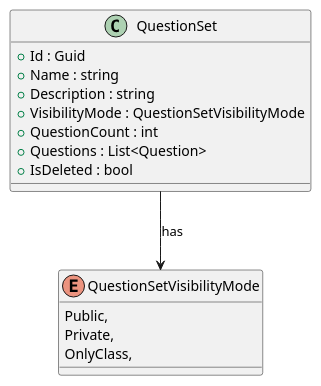
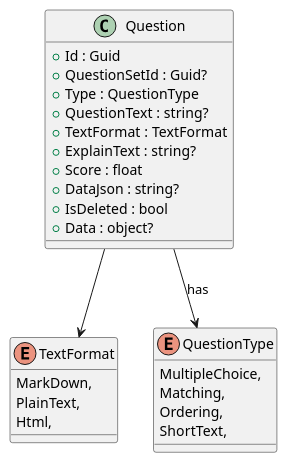
One commit to thanhkhac/SEP_Diagram changed the diagram in common/entities/QuestionSet.puml. Above: the diagram before and after it, drawn with PlantUML. The commit also changed 26 other files, not shown here.

First line of the commit message:
Add UML diagrams for core entities and update QuestionSet

```diff
--- a/common/entities/QuestionSet.puml
+++ b/common/entities/QuestionSet.puml
@@ -1,20 +1,30 @@
 @startuml
-class QuestionSet {
-    + Id : Guid
-    + Name : string
-    + Description : string
-    + VisibilityMode : QuestionSetVisibilityMode 
-    + QuestionCount : int
-    + Questions : List<Question>
-    + IsDeleted : bool
+class Question {
+    + Id : Guid 
+    + QuestionSetId : Guid? 
+    + Type : QuestionType 
+    + QuestionText : string? 
+    + TextFormat : TextFormat 
+    + ExplainText : string? 
+    + Score : float 
+    + DataJson : string? 
+    + IsDeleted : bool 
+    + Data : object?
 }
 
-QuestionSet --> QuestionSetVisibilityMode : "has"
-
-enum QuestionSetVisibilityMode {
-    Public,
-    Private,
-    OnlyClass,
+enum TextFormat {
+    MarkDown,
+    PlainText,
+    Html,
 }
 
+enum QuestionType {
+    MultipleChoice,
+    Matching,
+    Ordering,
+    ShortText,
+}
+
+Question --> QuestionType : "has"
+Question --> TextFormat
 @enduml
```
